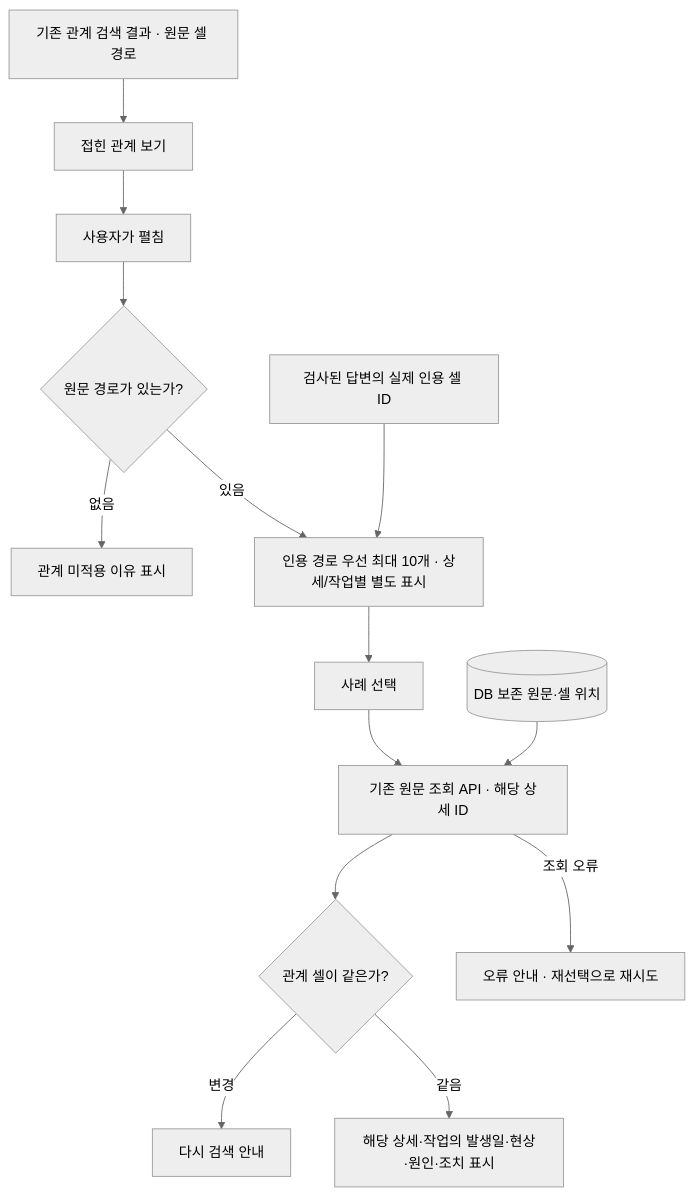
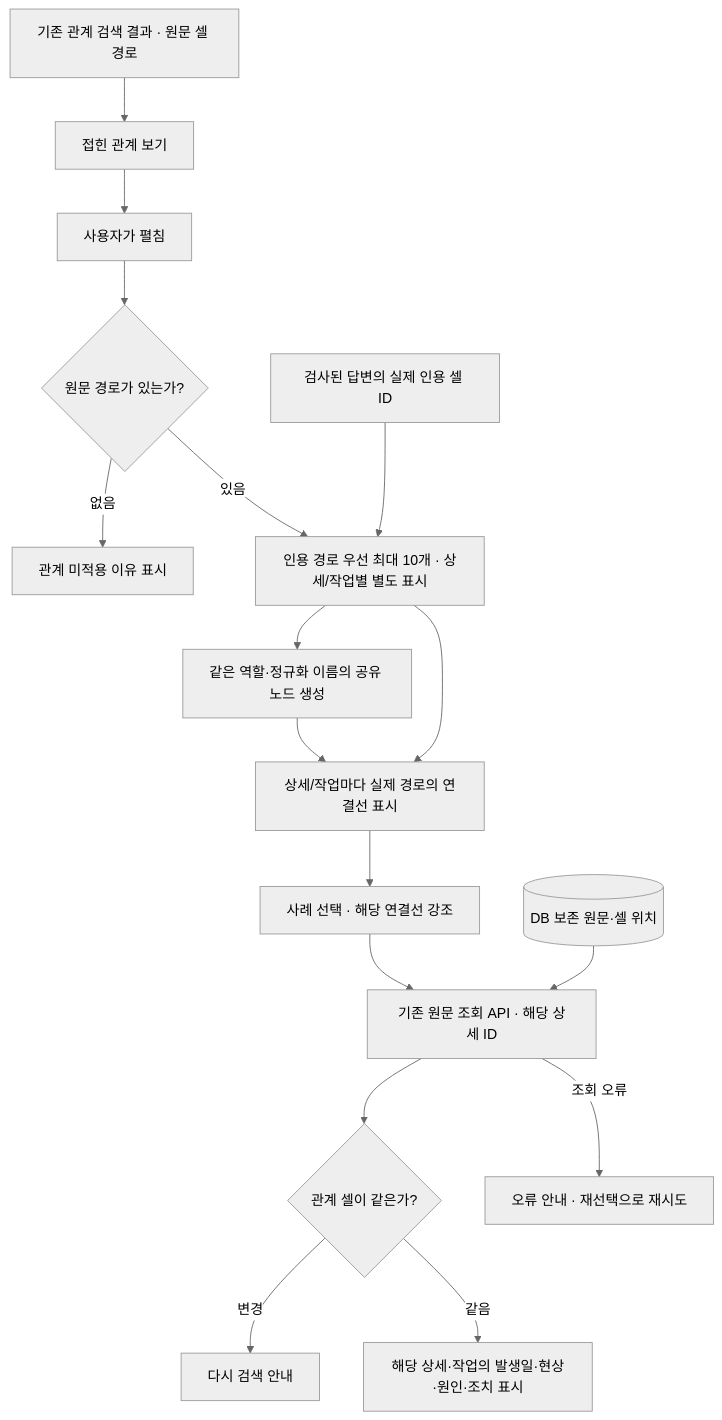
The first of 29 diagrams in docs/전체-프로그램-플로우.md (pmh10401/cs-excel-rag), drawn with Mermaid (neutral theme) before and after one commit. The commit also changed other lines of this file and 12 other files, not shown here.

````diff
--- a/docs/전체-프로그램-플로우.md
+++ b/docs/전체-프로그램-플로우.md
@@ -9,16 +9,19 @@
 ```mermaid
 flowchart TD
     R[기존 관계 검색 결과 · 원문 셀 경로] --> P[접힌 관계 보기]
     P --> OPEN[사용자가 펼침]
     OPEN --> HAS{원문 경로가 있는가?}
     HAS -->|없음| NOTE[관계 미적용 이유 표시]
     HAS -->|있음| LIST[인용 경로 우선 최대 10개 · 상세/작업별 별도 표시]
     CLAIM[검사된 답변의 실제 인용 셀 ID] --> LIST
-    LIST --> CLICK[사례 선택]
+    LIST --> NODE[같은 역할·정규화 이름의 공유 노드 생성]
+    NODE --> EDGE[상세/작업마다 실제 경로의 연결선 표시]
+    LIST --> EDGE
+    EDGE --> CLICK[사례 선택 · 해당 연결선 강조]
     CLICK --> GET[기존 원문 조회 API · 해당 상세 ID]
     DB[(DB 보존 원문·셀 위치)] --> GET
     GET --> CHECK{관계 셀이 같은가?}
     CHECK -->|변경| RETRY[다시 검색 안내]
     CHECK -->|같음| VIEW[해당 상세·작업의 발생일·현상·원인·조치 표시]
     GET -->|조회 오류| ERROR[오류 안내 · 재선택으로 재시도]
 ```
````
